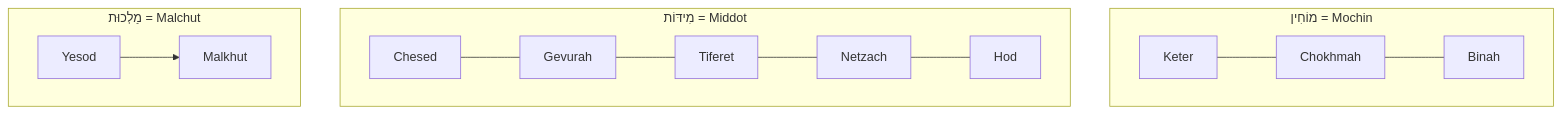
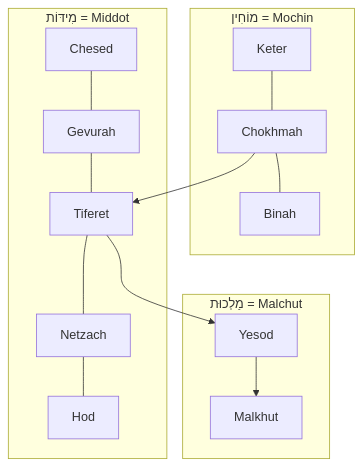
One commit to josefsbreakfast/Polaris-Protocol changed the second of 2 diagrams in Polaris_Nest/Git_Intake_Drawer/🍷_Always_Spiritually_In_Jerusalem/🌳_three_overaching_clusters.md. Above: the diagram before and after it, drawn with Mermaid.

````diff
--- a/Polaris_Nest/Git_Intake_Drawer/🍷_Always_Spiritually_In_Jerusalem/🌳_three_overaching_clusters.md
+++ b/Polaris_Nest/Git_Intake_Drawer/🍷_Always_Spiritually_In_Jerusalem/🌳_three_overaching_clusters.md
@@ -27,33 +27,36 @@
 ```mermaid
   graph TB
 
     subgraph one[מוֹחִין = Mochin]
         a1[Keter]
         a2[Chokhmah]
         a3[Binah]
     end
 
     subgraph two[מִידּוֹת = Middot]
         b1[Chesed]
         b2[Gevurah]
         b3[Tiferet]
         b4[Netzach]
         b5[Hod]
     end
 
     subgraph three[מַלְכוּת = Malchut]
         c1[Yesod]
         c2[Malkhut]
     end
 
     a1 --- a2
     a2 --- a3
 
     b1 --- b2
     b2 --- b3
     b3 --- b4
     b4 --- b5
 
     c1 --> c2
 
+a2 --> b3
+b3 --> c1
+
   ```
````
